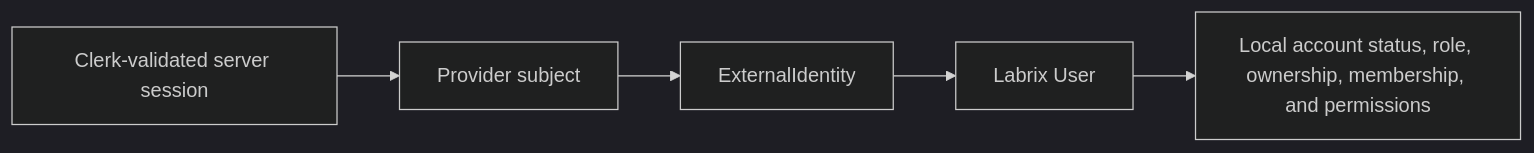
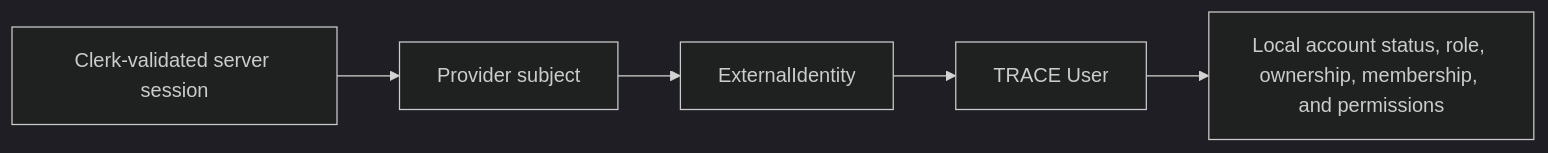
Before and after one commit to Tanishk1989/Labrix: the second of 2 diagrams in documentation/04-ARCHITECTURE.md, drawn with Mermaid (dark theme). The commit also changed other lines of this file and 24 other files, not shown here.

````diff
--- a/documentation/04-ARCHITECTURE.md
+++ b/documentation/04-ARCHITECTURE.md
@@ -30,7 +30,7 @@
 ```mermaid
 flowchart LR
   C["Clerk-validated server session"] --> S["Provider subject"]
   S --> E["ExternalIdentity"]
-  E --> U["Labrix User"]
+  E --> U["TRACE User"]
   U --> P["Local account status, role, ownership, membership, and permissions"]
 ```
````
